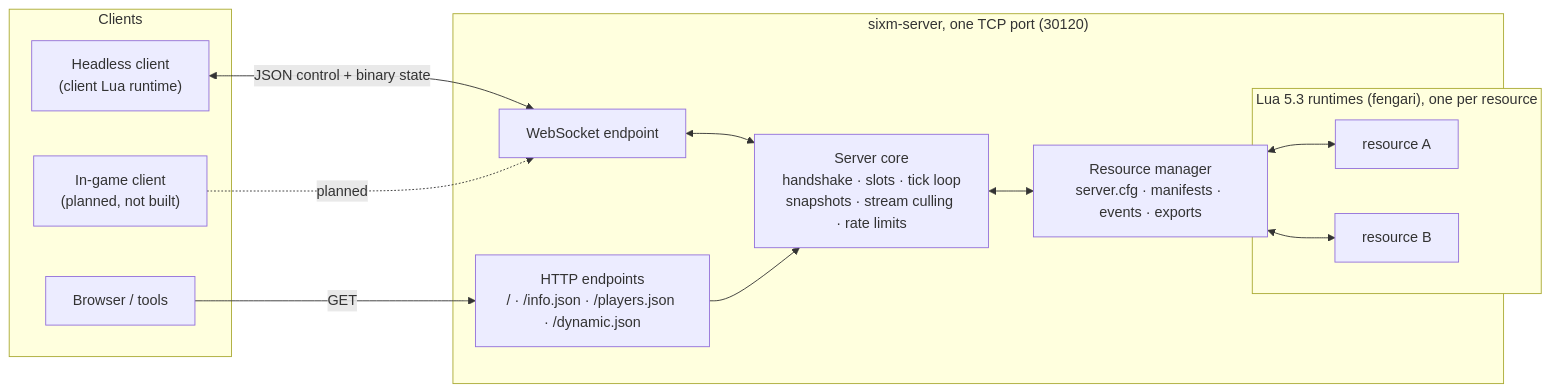
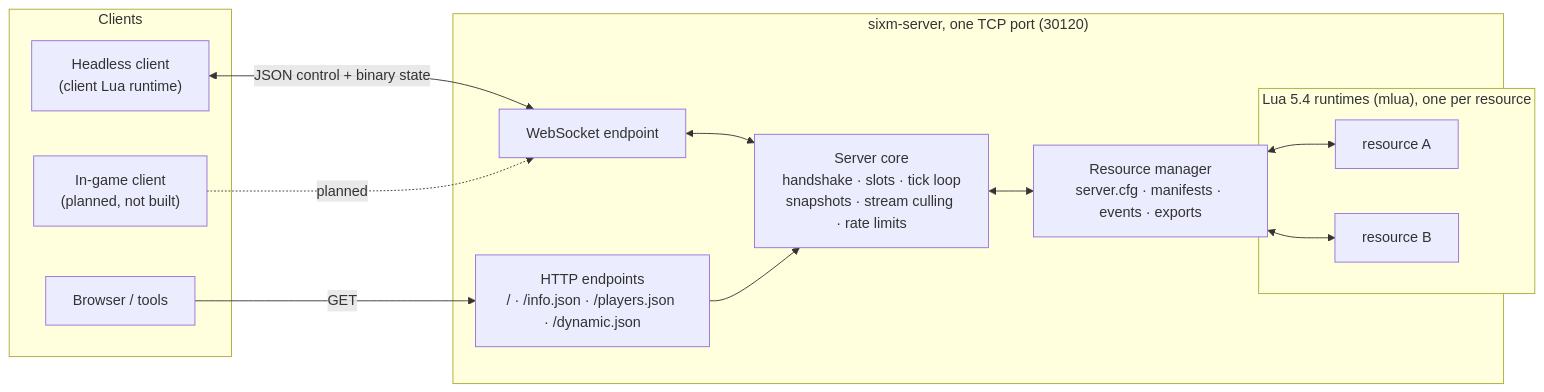
The diagram in README.md (CodingRule/SixM), drawn with Mermaid before and after one commit. The commit also changed other lines of this file and 63 other files, not shown here.

````diff
--- a/README.md
+++ b/README.md
@@ -199,28 +228,28 @@
 ```mermaid
 flowchart LR
   subgraph Clients
     HC["Headless client<br/>(client Lua runtime)"]
     GC["In-game client<br/>(planned, not built)"]
     WEB["Browser / tools"]
   end
 
   subgraph Server["sixm-server, one TCP port (30120)"]
     WS["WebSocket endpoint"]
     HTTP["HTTP endpoints<br/>/ · /info.json · /players.json · /dynamic.json"]
     CORE["Server core<br/>handshake · slots · tick loop<br/>snapshots · stream culling · rate limits"]
     RM["Resource manager<br/>server.cfg · manifests · events · exports"]
-    subgraph Runtimes["Lua 5.3 runtimes (fengari), one per resource"]
+    subgraph Runtimes["Lua 5.4 runtimes (mlua), one per resource"]
       L1["resource A"]
       L2["resource B"]
     end
   end
 
   HC <-->|"JSON control + binary state"| WS
   GC -.->|planned| WS
   WEB -->|GET| HTTP
   WS <--> CORE
   HTTP --> CORE
   CORE <--> RM
   RM <--> L1
   RM <--> L2
 ```
````
